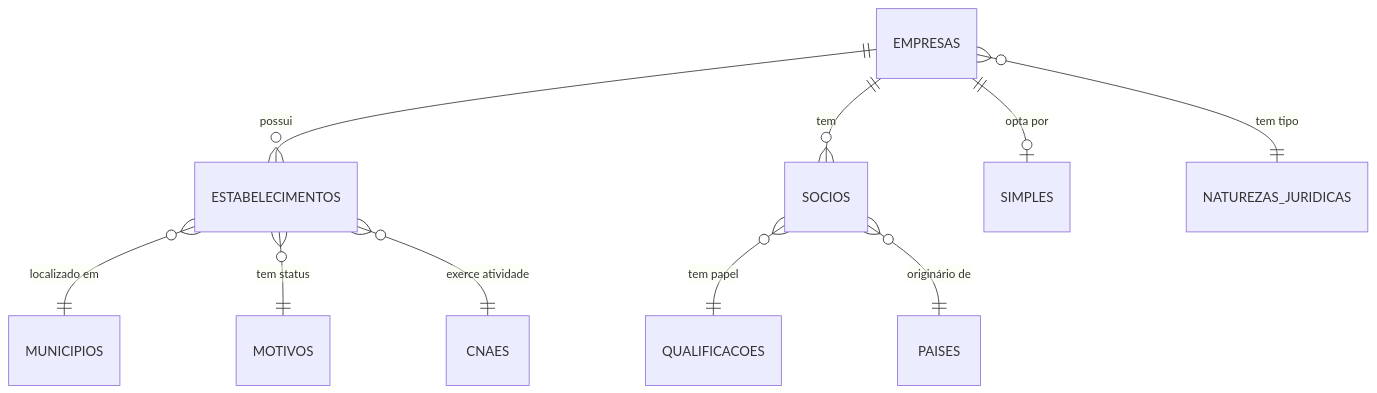
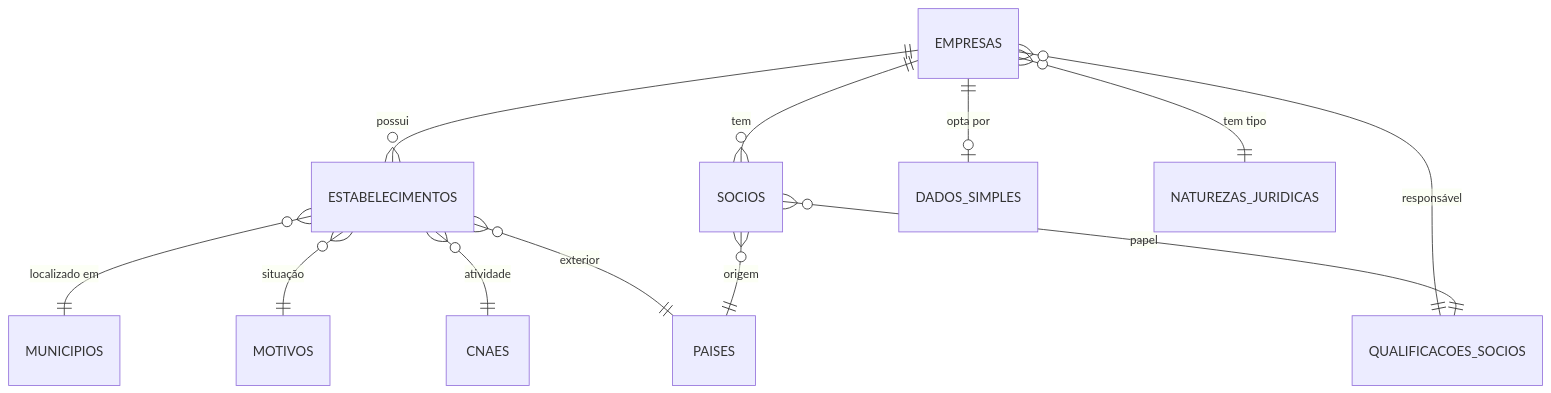
The diagram in docs/data-schema.md (caiopizzol/cnpj-data-pipeline), drawn with Mermaid before and after one commit.

Commit message:
docs: fix tables relationship

````diff
--- a/docs/data-schema.md
+++ b/docs/data-schema.md
@@ -7,14 +7,17 @@
 ```mermaid
 erDiagram
     EMPRESAS ||--o{ ESTABELECIMENTOS : possui
     EMPRESAS ||--o{ SOCIOS : tem
-    EMPRESAS ||--o| SIMPLES : "opta por"
+    EMPRESAS ||--o| DADOS_SIMPLES : "opta por"
+
+    EMPRESAS }o--|| NATUREZAS_JURIDICAS : "tem tipo"
+    EMPRESAS }o--|| QUALIFICACOES_SOCIOS : "responsável"
 
     ESTABELECIMENTOS }o--|| MUNICIPIOS : "localizado em"
-    ESTABELECIMENTOS }o--|| MOTIVOS : "tem status"
-    ESTABELECIMENTOS }o--|| CNAES : "exerce atividade"
+    ESTABELECIMENTOS }o--|| MOTIVOS : "situação"
+    ESTABELECIMENTOS }o--|| CNAES : "atividade"
+    ESTABELECIMENTOS }o--|| PAISES : "exterior"
 
-    EMPRESAS }o--|| NATUREZAS_JURIDICAS : "tem tipo"
-    SOCIOS }o--|| QUALIFICACOES : "tem papel"
-    SOCIOS }o--|| PAISES : "originário de"
+    SOCIOS }o--|| QUALIFICACOES_SOCIOS : "papel"
+    SOCIOS }o--|| PAISES : "origem"
 ```
````
